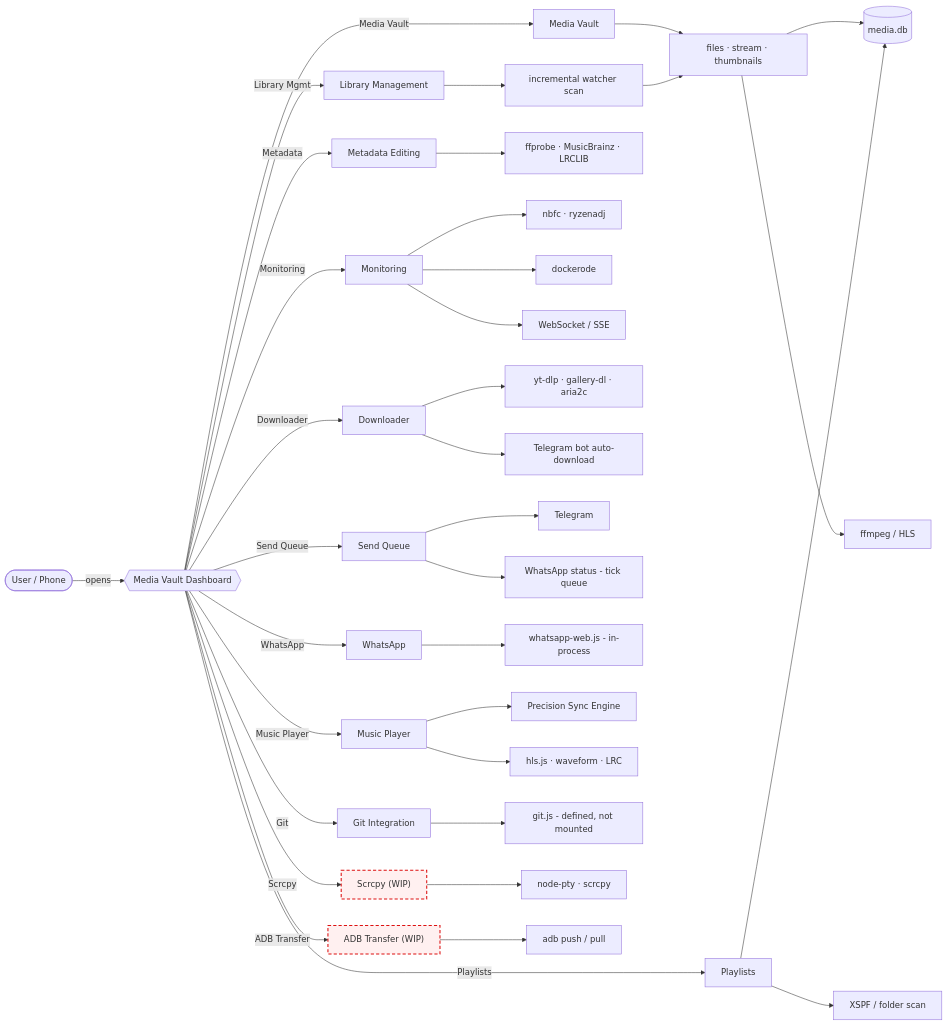
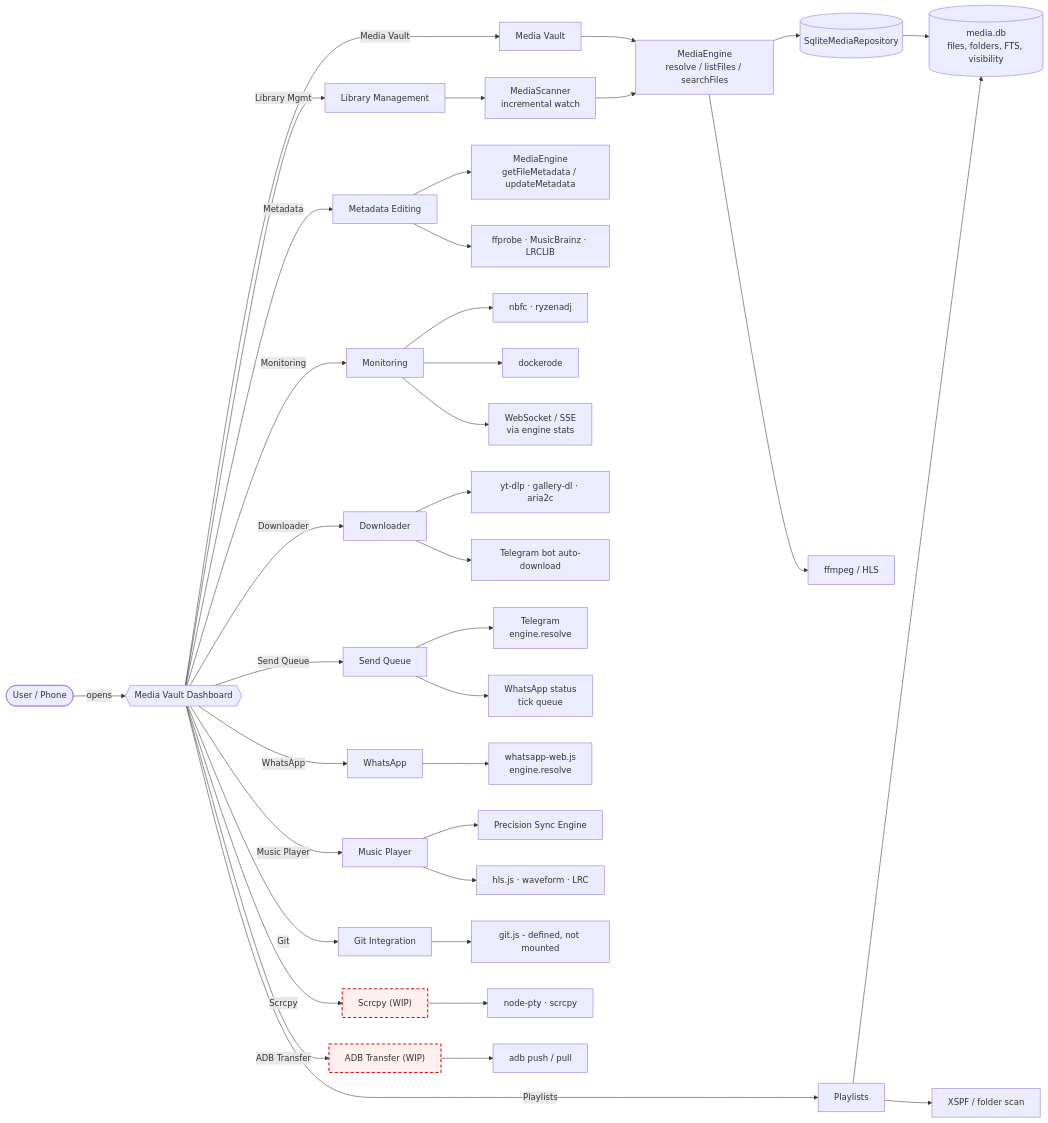
The diagram in README.md (NE2KO/Neko2Neko), drawn with Mermaid before and after one commit. The commit also changed other lines of this file, not shown here.

First line of the commit message:
docs: refresh README — Media Engine 0.1.0, P1+P1.5 READ boundary

````diff
--- a/README.md
+++ b/README.md
@@ -105,49 +130,51 @@
 ```mermaid
 flowchart LR
     U([User / Phone]) -->|opens| DASH{{Media Vault Dashboard}}
 
     DASH -->|Media Vault| MV[Media Vault]
-    MV --> FILES[files · stream · thumbnails]
-    FILES --> DB[(media.db)]
-    FILES --> FF[ffmpeg / HLS]
+    MV --> ENG[MediaEngine<br/>resolve / listFiles / searchFiles]
+    ENG --> REPO[(SqliteMediaRepository)]
+    REPO --> DB[(media.db<br/>files, folders, FTS, visibility)]
+    ENG --> FF[ffmpeg / HLS]
 
     DASH -->|Library Mgmt| LIB[Library Management]
-    LIB --> SCAN[incremental watcher scan]
-    SCAN --> FILES
+    LIB --> SCAN[MediaScanner<br/>incremental watch]
+    SCAN --> ENG
 
     DASH -->|Playlists| PL[Playlists]
     PL --> XSPF[XSPF / folder scan]
     PL --> DB
 
     DASH -->|Metadata| MD[Metadata Editing]
+    MD --> ENG2[MediaEngine<br/>getFileMetadata / updateMetadata]
     MD --> FP[ffprobe · MusicBrainz · LRCLIB]
 
     DASH -->|Monitoring| MON[Monitoring]
     MON --> NB[nbfc · ryzenadj]
     MON --> DK[dockerode]
-    MON --> WS[WebSocket / SSE]
+    MON --> WS[WebSocket / SSE<br/>via engine stats]
 
     DASH -->|Downloader| DL[Downloader]
     DL --> YT[yt-dlp · gallery-dl · aria2c]
     DL --> TG1[Telegram bot auto-download]
 
     DASH -->|Send Queue| SQ[Send Queue]
-    SQ --> TG[Telegram]
-    SQ --> WAQ[WhatsApp status - tick queue]
+    SQ --> TG[Telegram<br/>engine.resolve]
+    SQ --> WAQ[WhatsApp status<br/>tick queue]
 
     DASH -->|WhatsApp| WA[WhatsApp]
-    WA --> WB[whatsapp-web.js - in-process]
+    WA --> WB[whatsapp-web.js<br/>engine.resolve]
 
     DASH -->|Music Player| MUS[Music Player]
     MUS --> SYNC[Precision Sync Engine]
     MUS --> HLSh[hls.js · waveform · LRC]
 
     DASH -->|Git| GIT[Git Integration]
     GIT --> GR[git.js - defined, not mounted]
 
     classDef wip fill:#fff0f0,stroke:#d11,stroke-width:2px,stroke-dasharray:6 4;
     DASH -->|Scrcpy| SCR["Scrcpy (WIP)"]
     SCR:::wip --> PTY[node-pty · scrcpy]
     DASH -->|ADB Transfer| ADB["ADB Transfer (WIP)"]
     ADB:::wip --> ADBT[adb push / pull]
 ```
````
